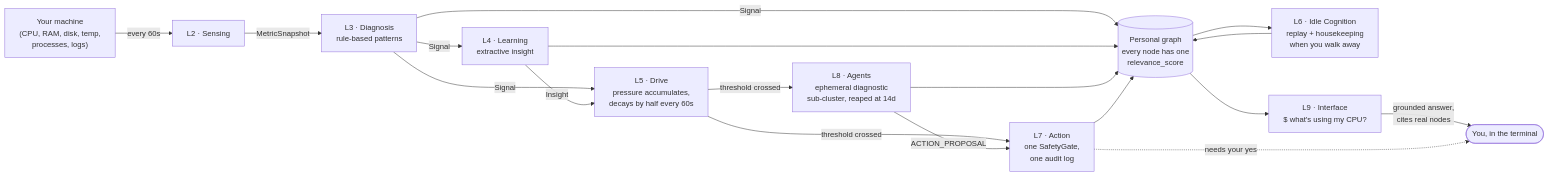
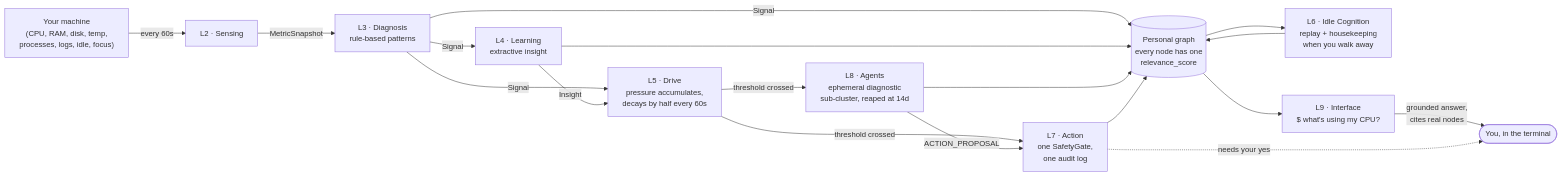
One commit to bhanot-99/NeuroPACA changed the first of 2 diagrams in README.md. Above: the diagram before and after it, drawn with Mermaid. The commit also changed other lines of this file, not shown here.

````diff
--- a/README.md
+++ b/README.md
@@ -22,20 +79,20 @@
 ```mermaid
 flowchart LR
-    OS["Your machine<br/>(CPU, RAM, disk, temp,<br/>processes, logs)"] -->|every 60s| SENSE[L2 · Sensing]
+    OS["Your machine<br/>(CPU, RAM, disk, temp,<br/>processes, logs, idle, focus)"] -->|every 60s| SENSE[L2 · Sensing]
     SENSE -->|MetricSnapshot| DIAG[L3 · Diagnosis<br/>rule-based patterns]
     DIAG -->|Signal| GRAPH[(Personal graph<br/>every node has one<br/>relevance_score)]
     DIAG -->|Signal| LEARN[L4 · Learning<br/>extractive insight]
     LEARN --> GRAPH
     GRAPH --> IDLE[L6 · Idle Cognition<br/>replay + housekeeping<br/>when you walk away]
     IDLE --> GRAPH
     DIAG -->|Signal| DRIVE[L5 · Drive<br/>pressure accumulates,<br/>decays by half every 60s]
     LEARN -->|Insight| DRIVE
     DRIVE -->|threshold crossed| ACT[L7 · Action<br/>one SafetyGate,<br/>one audit log]
     DRIVE -->|threshold crossed| AGENT[L8 · Agents<br/>ephemeral diagnostic<br/>sub-cluster, reaped at 14d]
     AGENT -->|ACTION_PROPOSAL| ACT
     AGENT --> GRAPH
     ACT --> GRAPH
     GRAPH --> ASK["L9 · Interface<br/>$ what's using my CPU?"]
     ASK -->|grounded answer,<br/>cites real nodes| USER([You, in the terminal])
     ACT -.->|needs your yes| USER
 ```
````
